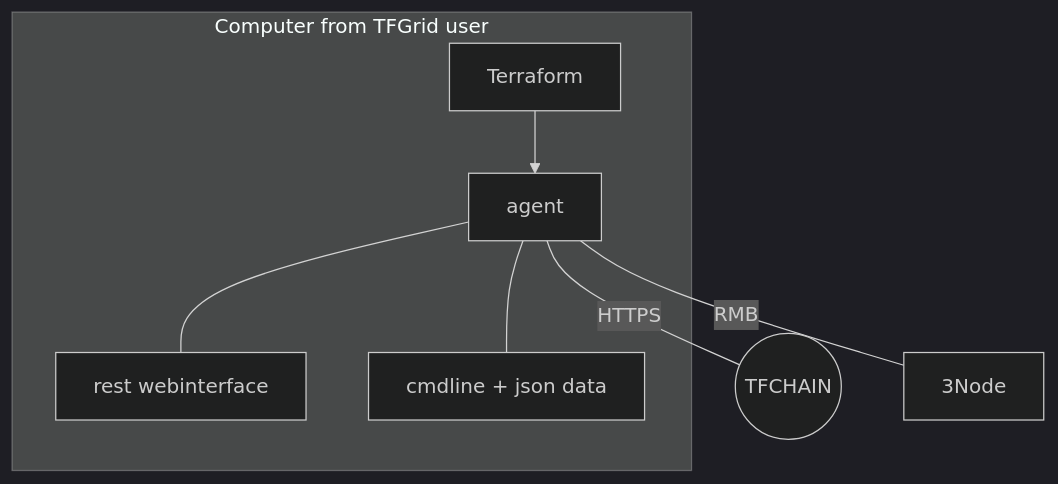
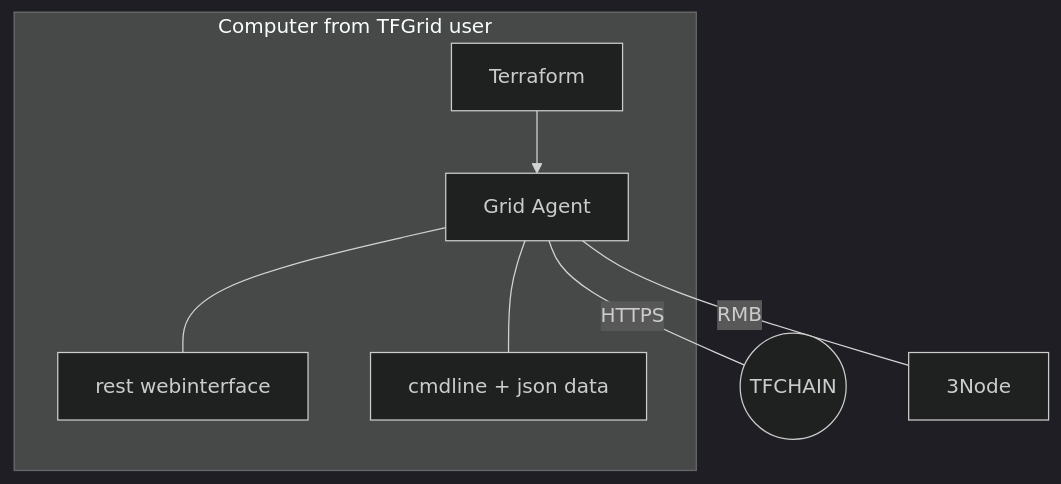
Before and after one commit to threefoldtech/TFGRID: the first of 2 diagrams in wiki/main/concepts/tfgrid_agent_.md, drawn with Mermaid (dark theme). The commit also changed other lines of this file and 50 other files, not shown here.

````diff
--- a/wiki/main/concepts/tfgrid_agent_.md
+++ b/wiki/main/concepts/tfgrid_agent_.md
@@ -4,15 +4,15 @@
 ```mermaid
 graph TD
 
     subgraph PCUSER[Computer from TFGrid user]
-    agent --- webinterface[rest webinterface]
+    agent[Grid Agent] --- webinterface[rest webinterface]
     agent --- cmdline[cmdline + json data]
     Terraform --> agent
     end    
 
     agent ---|HTTPS| explorer((TFCHAIN))
     agent ---|RMB| tnode[3Node]
 
     explorer((TFCHAIN))
 
 ```
````
